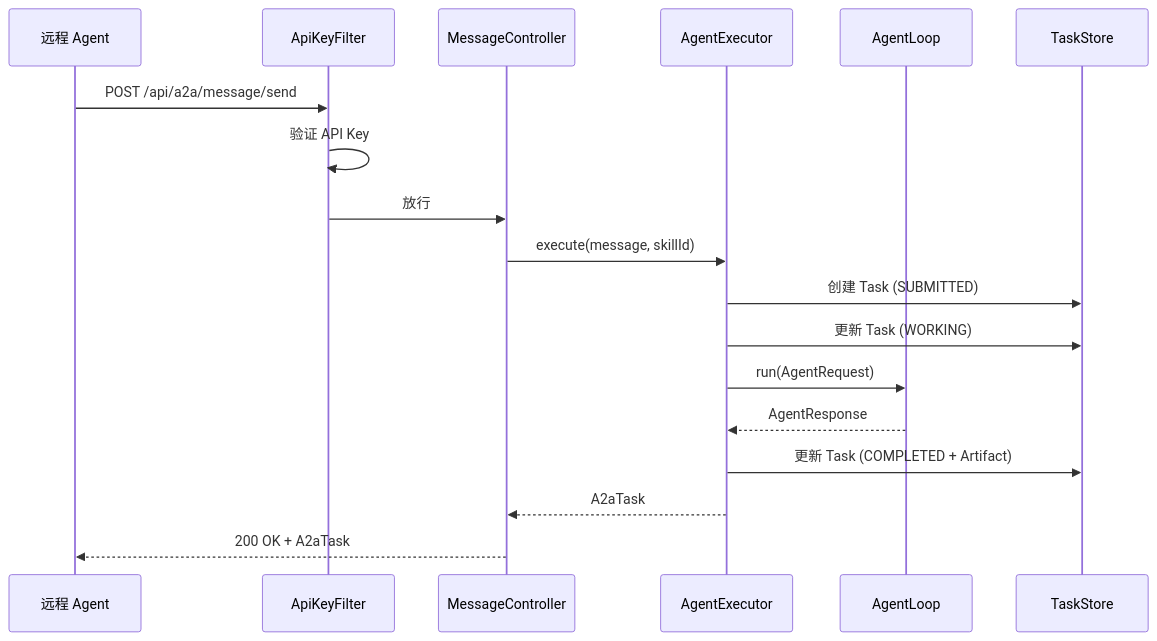
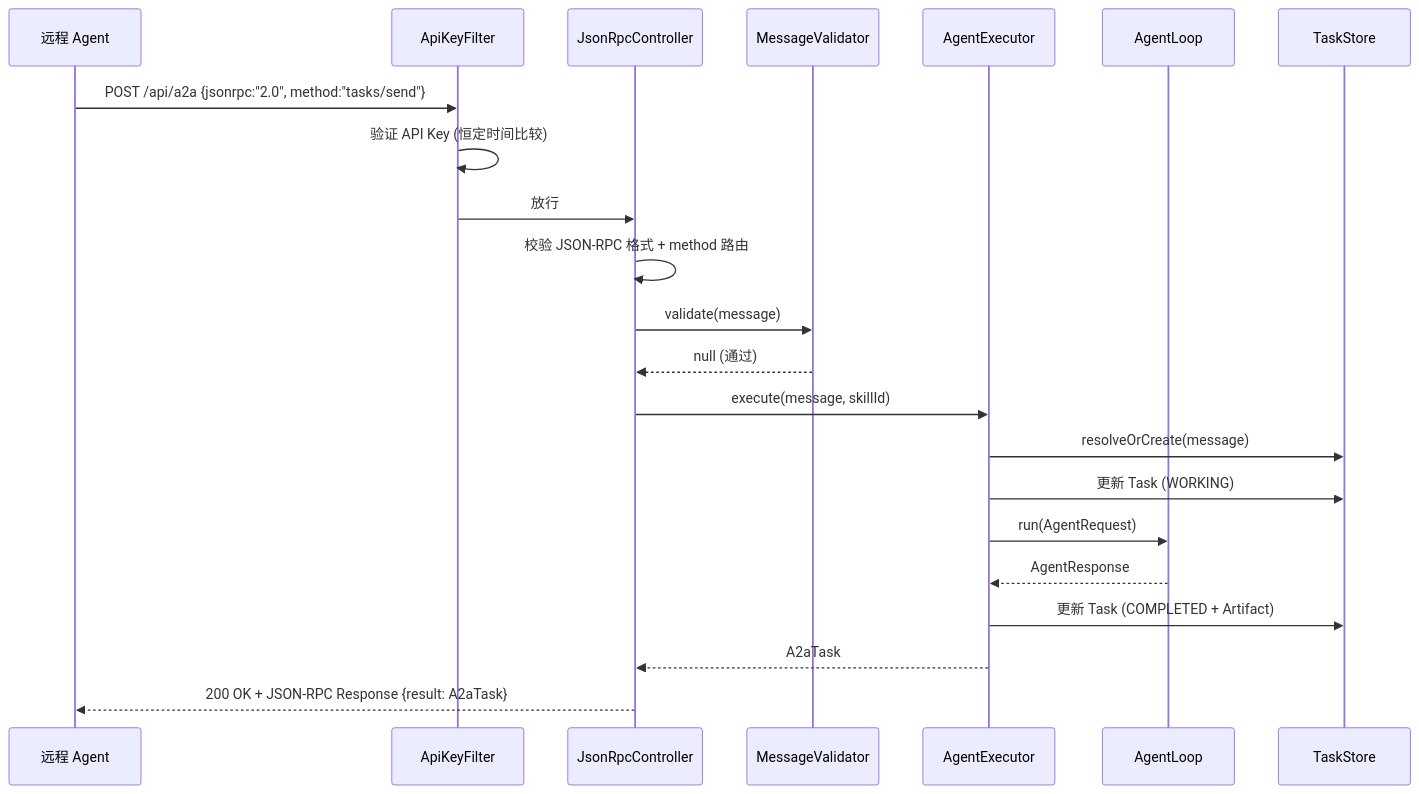
The second of 3 diagrams in docs/architecture/a2a-protocol.md (ntygod/LifePilot), drawn with Mermaid before and after one commit. The commit also changed other lines of this file and 19 other files, not shown here.

First line of the commit message:
refactor(a2a): A2A 模块三期重构 — 安全修复、功能补全、JSON-RPC 2.0 合规

````diff
--- a/docs/architecture/a2a-protocol.md
+++ b/docs/architecture/a2a-protocol.md
@@ -90,21 +104,25 @@
 ```mermaid
 sequenceDiagram
     participant RA as 远程 Agent
     participant AKF as ApiKeyFilter
-    participant AMC as MessageController
+    participant AJRC as JsonRpcController
+    participant AMV as MessageValidator
     participant AAE as AgentExecutor
     participant AL as AgentLoop
     participant ATS as TaskStore
 
-    RA->>AKF: POST /api/a2a/message/send
-    AKF->>AKF: 验证 API Key
-    AKF->>AMC: 放行
-    AMC->>AAE: execute(message, skillId)
-    AAE->>ATS: 创建 Task (SUBMITTED)
+    RA->>AKF: POST /api/a2a {jsonrpc:"2.0", method:"tasks/send"}
+    AKF->>AKF: 验证 API Key (恒定时间比较)
+    AKF->>AJRC: 放行
+    AJRC->>AJRC: 校验 JSON-RPC 格式 + method 路由
+    AJRC->>AMV: validate(message)
+    AMV-->>AJRC: null (通过)
+    AJRC->>AAE: execute(message, skillId)
+    AAE->>ATS: resolveOrCreate(message)
     AAE->>ATS: 更新 Task (WORKING)
     AAE->>AL: run(AgentRequest)
     AL-->>AAE: AgentResponse
     AAE->>ATS: 更新 Task (COMPLETED + Artifact)
-    AAE-->>AMC: A2aTask
-    AMC-->>RA: 200 OK + A2aTask
+    AAE-->>AJRC: A2aTask
+    AJRC-->>RA: 200 OK + JSON-RPC Response {result: A2aTask}
 ```
````
